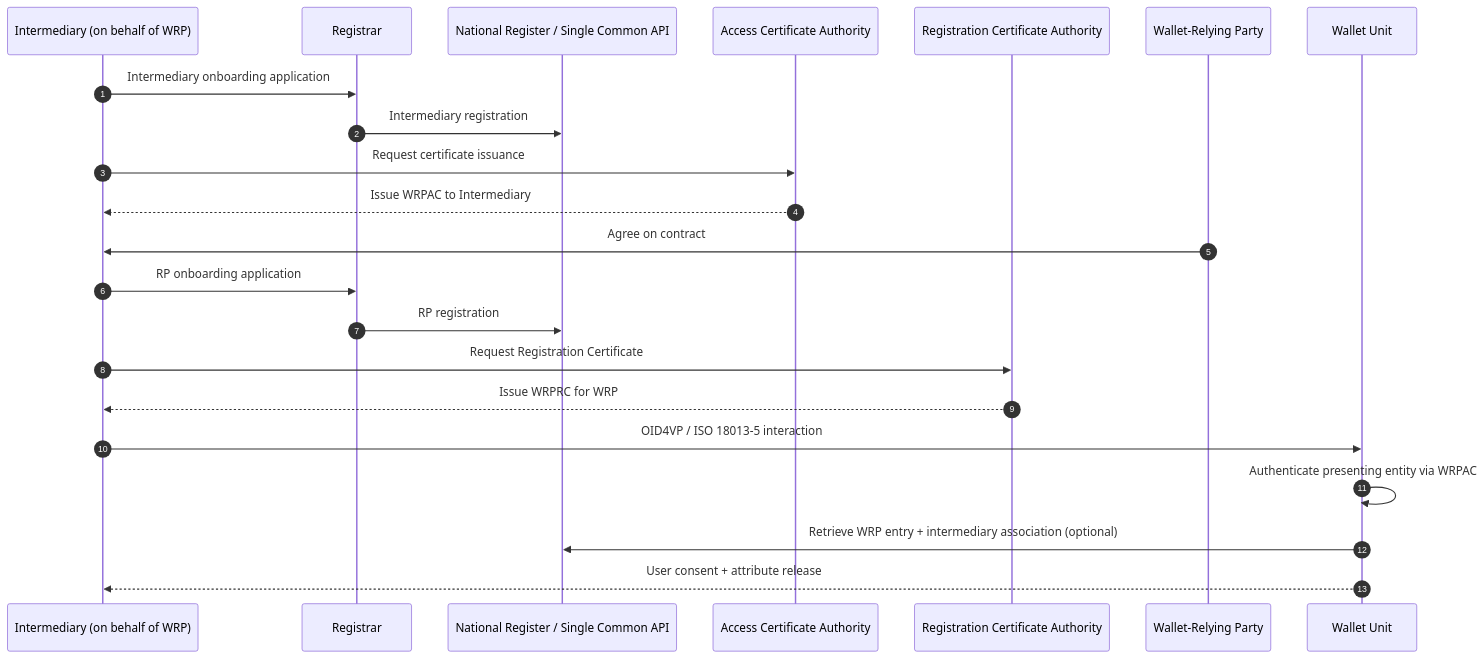
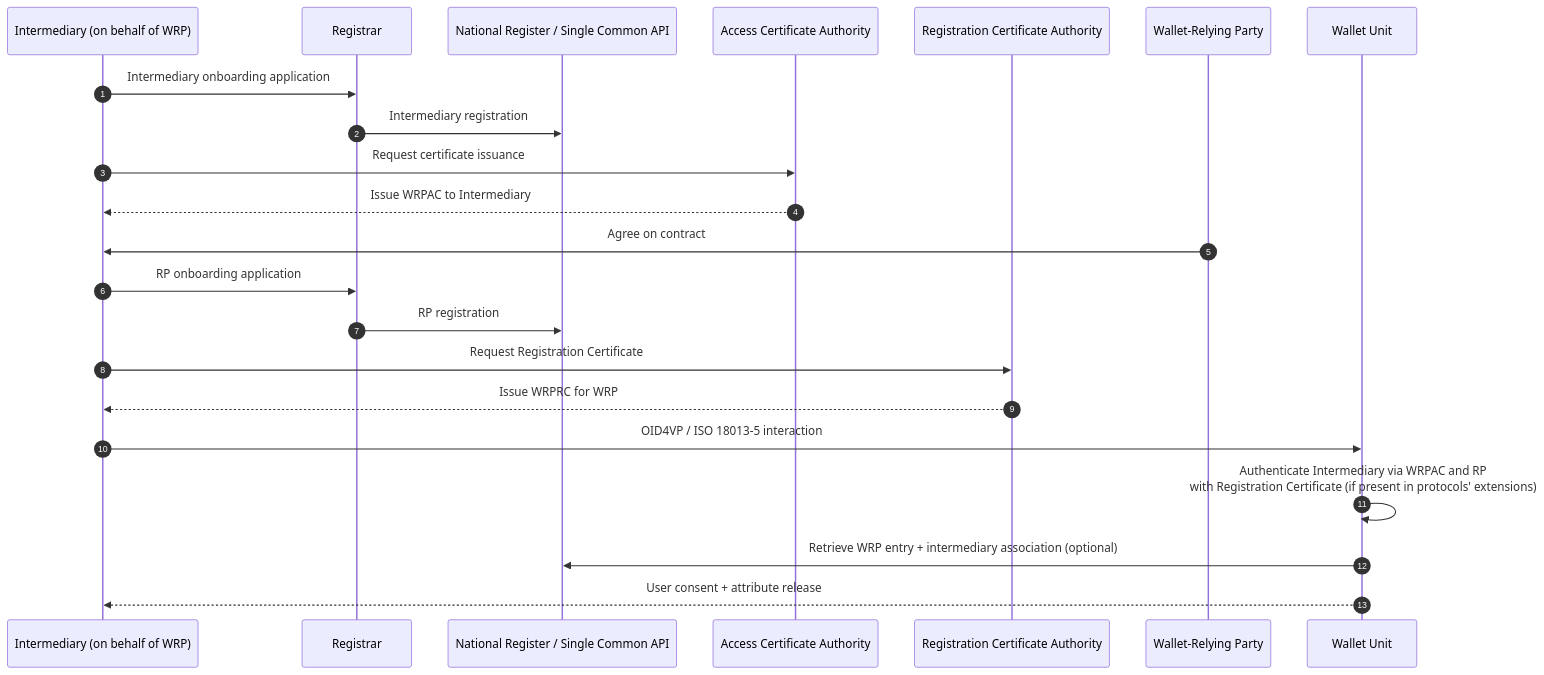
One commit to APTITUDE-Consortium/wp2-trust-specifications changed the second of 3 diagrams in topics/registry.md. Above: the diagram before and after it, drawn with Mermaid. The commit also changed other lines of this file, not shown here.

`````diff
--- a/topics/registry.md
+++ b/topics/registry.md
@@ -88,35 +91,35 @@
 ````mermaid
 sequenceDiagram
   autonumber
   participant INT as Intermediary (on behalf of WRP)
   participant REG as Registrar
   participant NREG as National Register / Single Common API
   participant ACA as Access Certificate Authority
   participant REGCA as Registration Certificate Authority
   participant WRP as Wallet-Relying Party
   participant WAL as Wallet Unit
 
 %% Onboarding & registration (Intermediary)
   INT->>REG: Intermediary onboarding application
   REG->>NREG: Intermediary registration
 
 %% Certificate issuance (Intermediary)
   INT->>ACA: Request certificate issuance
   ACA-->>INT: Issue WRPAC to Intermediary
 
 %% Contractual agreement + WRP onboarding
   WRP->>INT: Agree on contract
   INT->>REG: RP onboarding application
   REG->>NREG: RP registration
 
 %% Registration certificate (optional)
   INT->>REGCA: Request Registration Certificate
   REGCA-->>INT: Issue WRPRC for WRP 
 
 %% Wallet interaction
   INT->>WAL: OID4VP / ISO 18013-5 interaction
-  WAL->>WAL: Authenticate presenting entity via WRPAC
+  WAL->>WAL: Authenticate Intermediary via WRPAC  and RP <br/> with Registration Certificate (if present in protocols' extensions) 
   WAL->>NREG: Retrieve WRP entry + intermediary association (optional)
   WAL-->>INT: User consent + attribute release
 
 ````
`````
